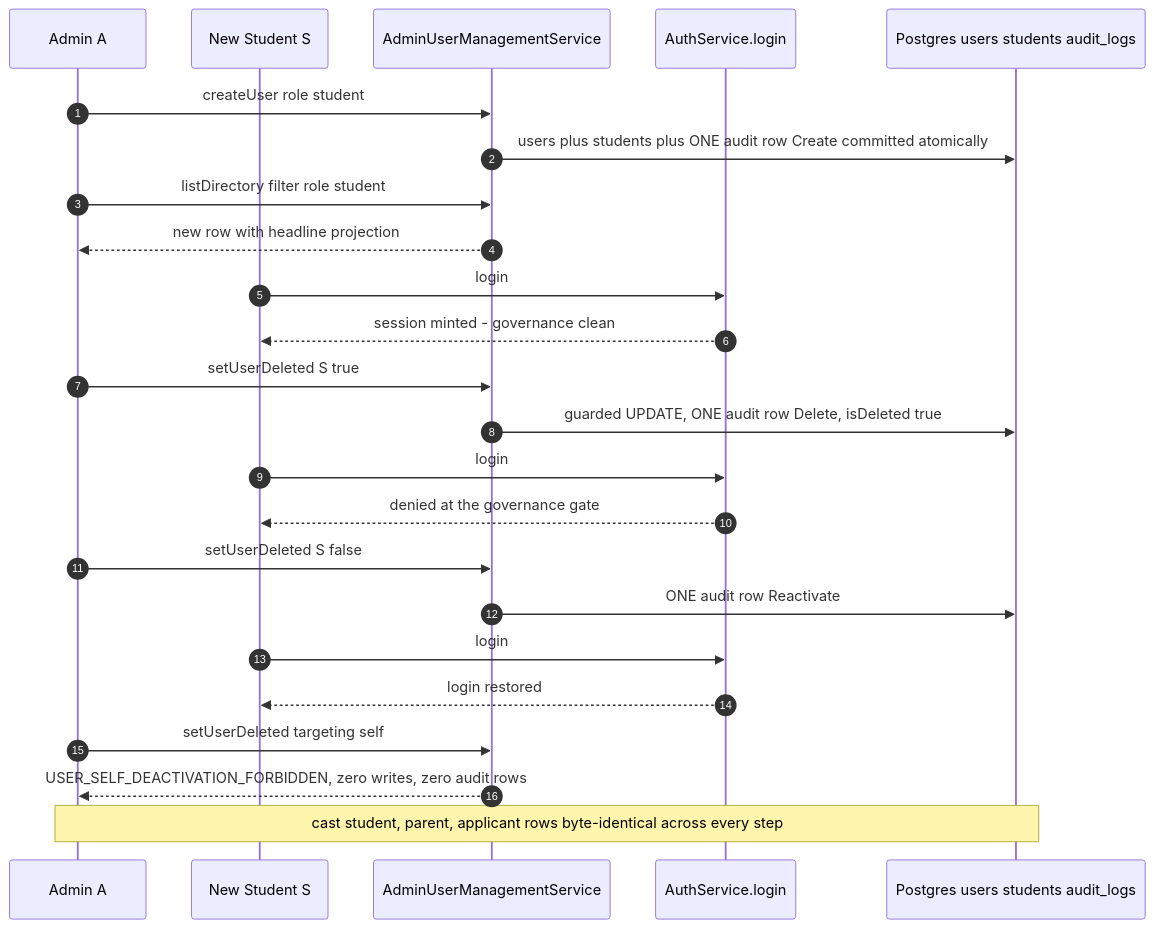
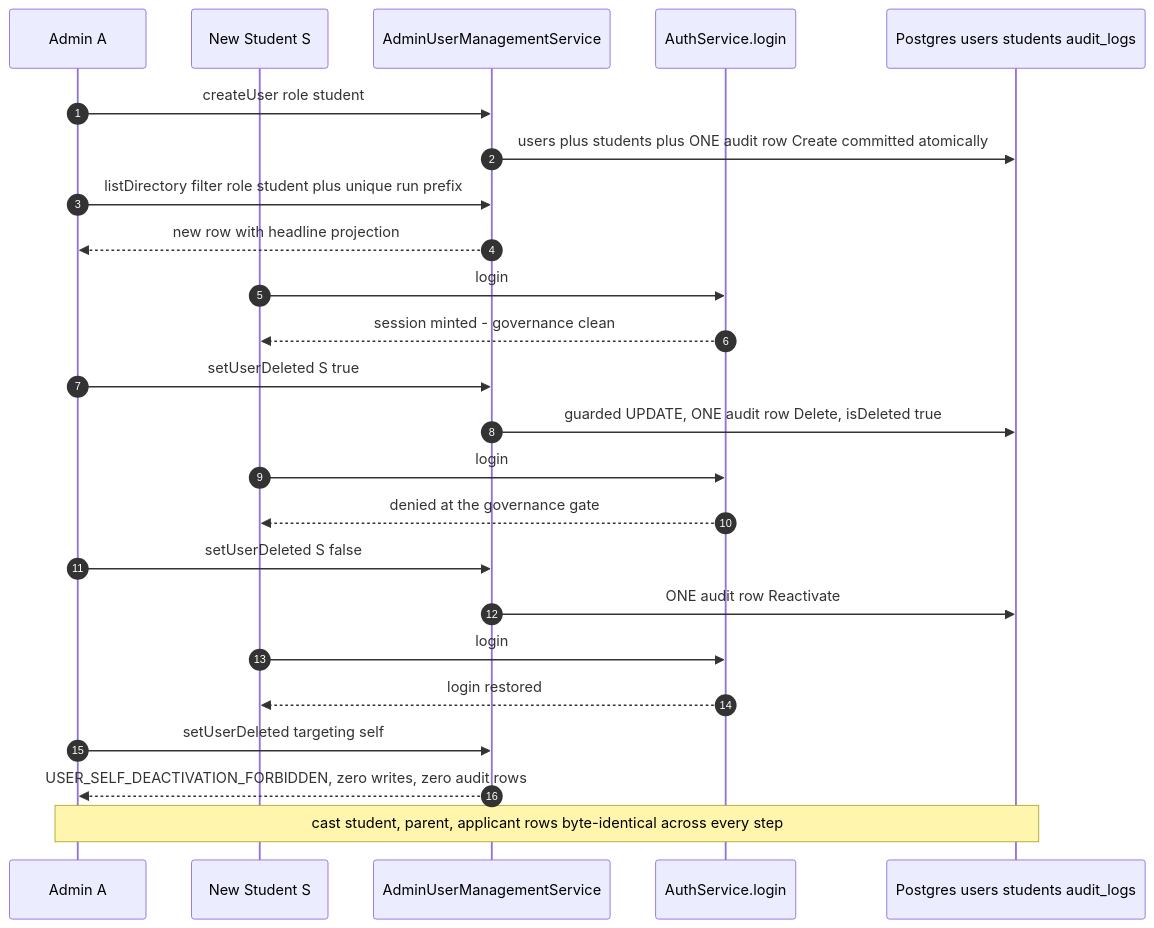
One commit to eng-Shinawy/kottaby changed the seventh of 12 diagrams in test/workflows/admin/DIAGRAMS.md. Above: the diagram before and after it, drawn with Mermaid. The commit also changed other lines of this file and 492 other files, not shown here.

````diff
--- a/test/workflows/admin/DIAGRAMS.md
+++ b/test/workflows/admin/DIAGRAMS.md
@@ -238,30 +307,30 @@
 ```mermaid
 sequenceDiagram
   autonumber
   participant adminA as Admin A
   participant studentS as New Student S
   participant mgmt as AdminUserManagementService
   participant auth as AuthService.login
   participant db as Postgres users students audit_logs
 
   adminA->>mgmt: createUser role student
   mgmt->>db: users plus students plus ONE audit row Create committed atomically
-  adminA->>mgmt: listDirectory filter role student
+  adminA->>mgmt: listDirectory filter role student plus unique run prefix
   mgmt-->>adminA: new row with headline projection
   studentS->>auth: login
   auth-->>studentS: session minted - governance clean
 
   adminA->>mgmt: setUserDeleted S true
   mgmt->>db: guarded UPDATE, ONE audit row Delete, isDeleted true
   studentS->>auth: login
   auth-->>studentS: denied at the governance gate
 
   adminA->>mgmt: setUserDeleted S false
   mgmt->>db: ONE audit row Reactivate
   studentS->>auth: login
   auth-->>studentS: login restored
 
   adminA->>mgmt: setUserDeleted targeting self
   mgmt-->>adminA: USER_SELF_DEACTIVATION_FORBIDDEN, zero writes, zero audit rows
   Note over adminA,db: cast student, parent, applicant rows byte-identical across every step
 ```
````
